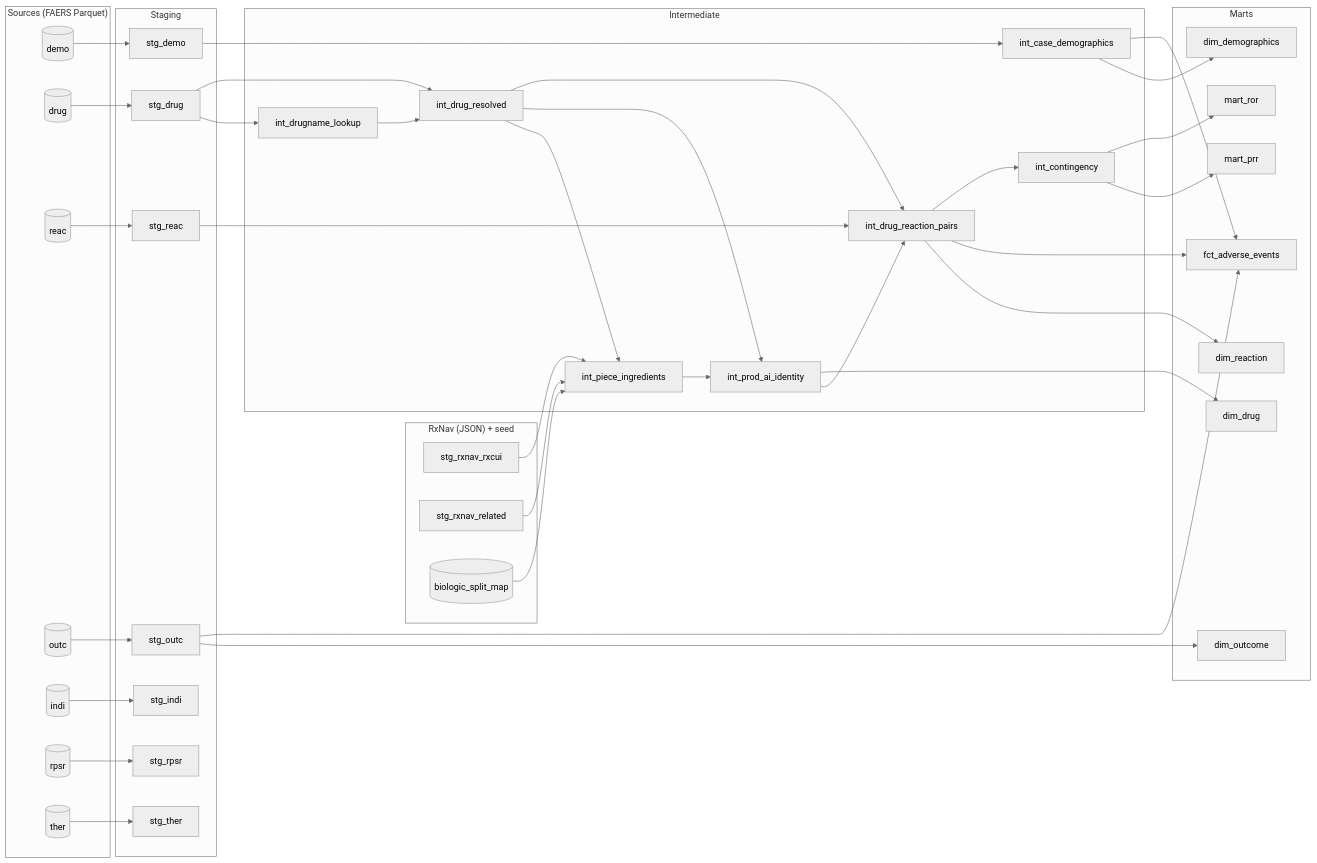
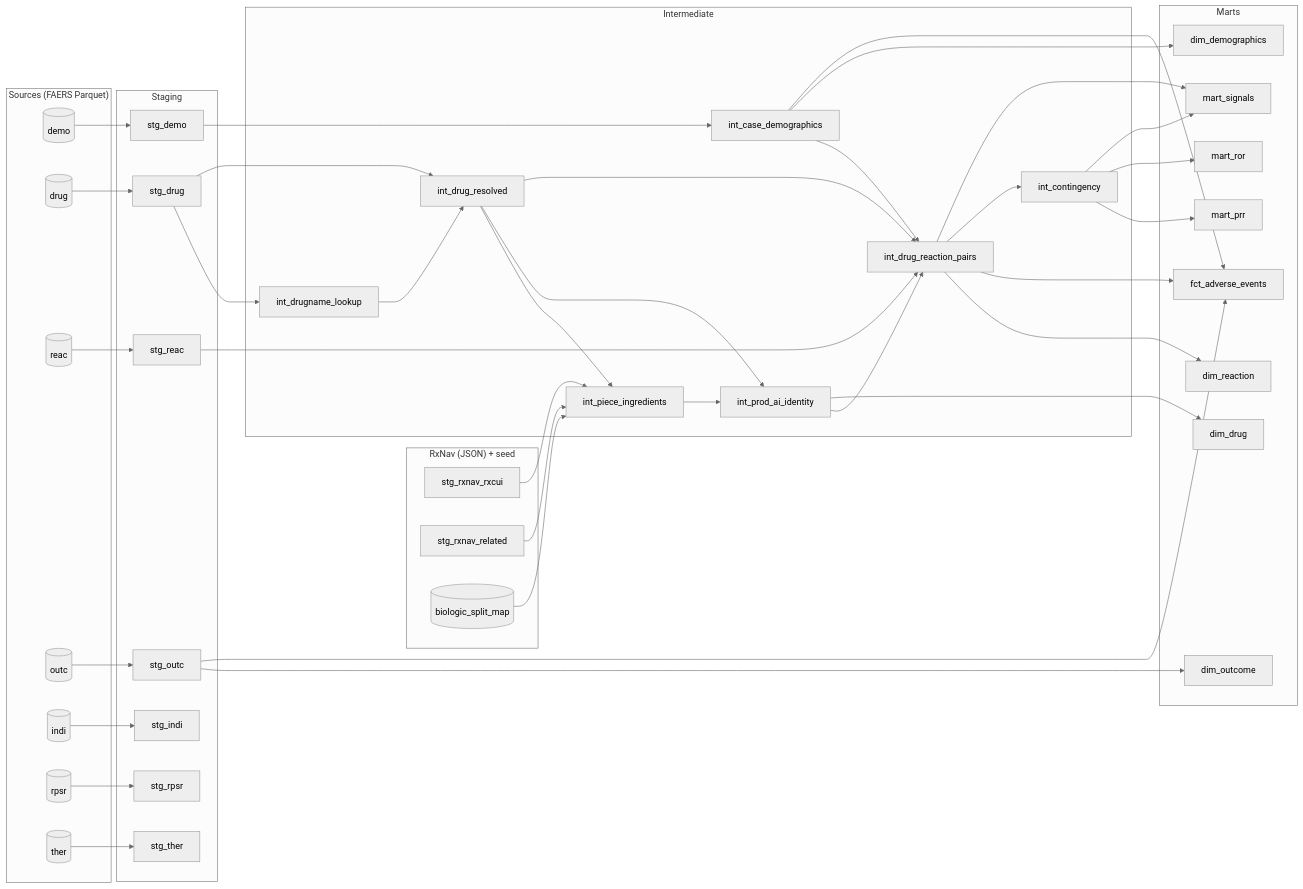
Before and after one commit to DeanKuhn/pharmawatch: the second of 2 diagrams in docs/star_schema.md, drawn with Mermaid (neutral theme). The commit also changed other lines of this file and 2 other files, not shown here.

Commit message:
updates after mart_signal was added

```diff
--- a/docs/star_schema.md
+++ b/docs/star_schema.md
@@ -60,6 +61,7 @@
         fct[fct_adverse_events]
         prr[mart_prr]
         ror[mart_ror]
+        sig[mart_signals]
     end
 
     demo --> stg_demo
@@ -83,6 +85,7 @@
     int_resolved --> int_pairs
     int_identity --> int_pairs
     stg_reac --> int_pairs
+    int_demo --> int_pairs
     stg_demo --> int_demo
 
     int_identity --> dim_drug
@@ -91,6 +94,8 @@
     int_pairs --> int_cont
     int_cont --> prr
     int_cont --> ror
+    int_cont --> sig
+    int_pairs --> sig
     int_demo --> dim_demographics
     int_demo --> fct
     stg_outc --> dim_outcome
```
